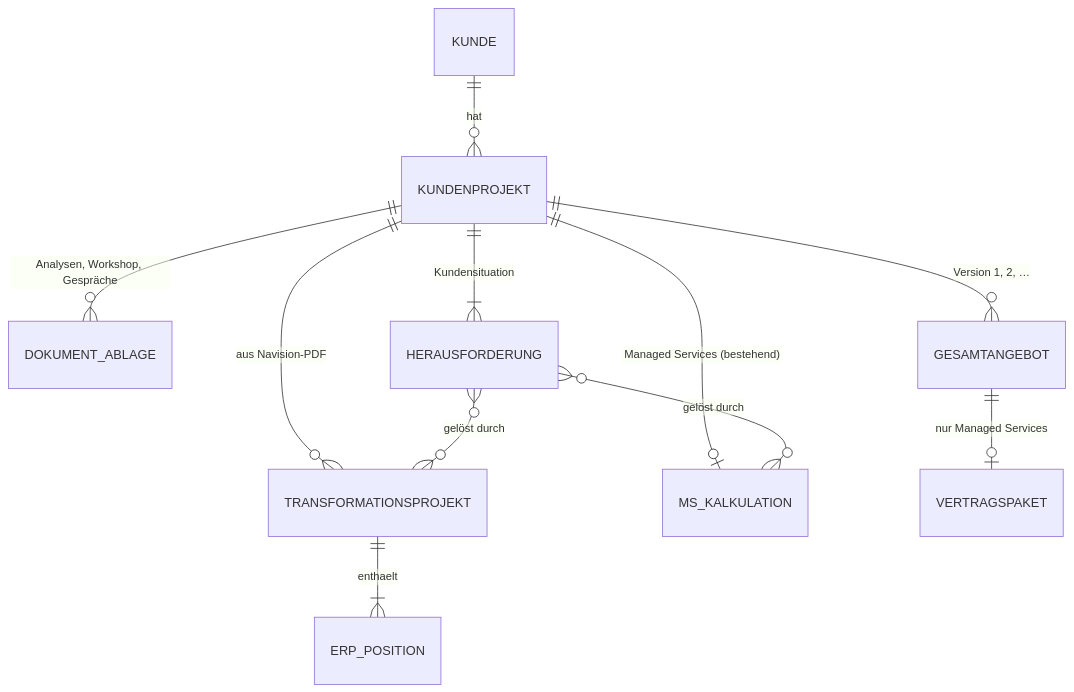
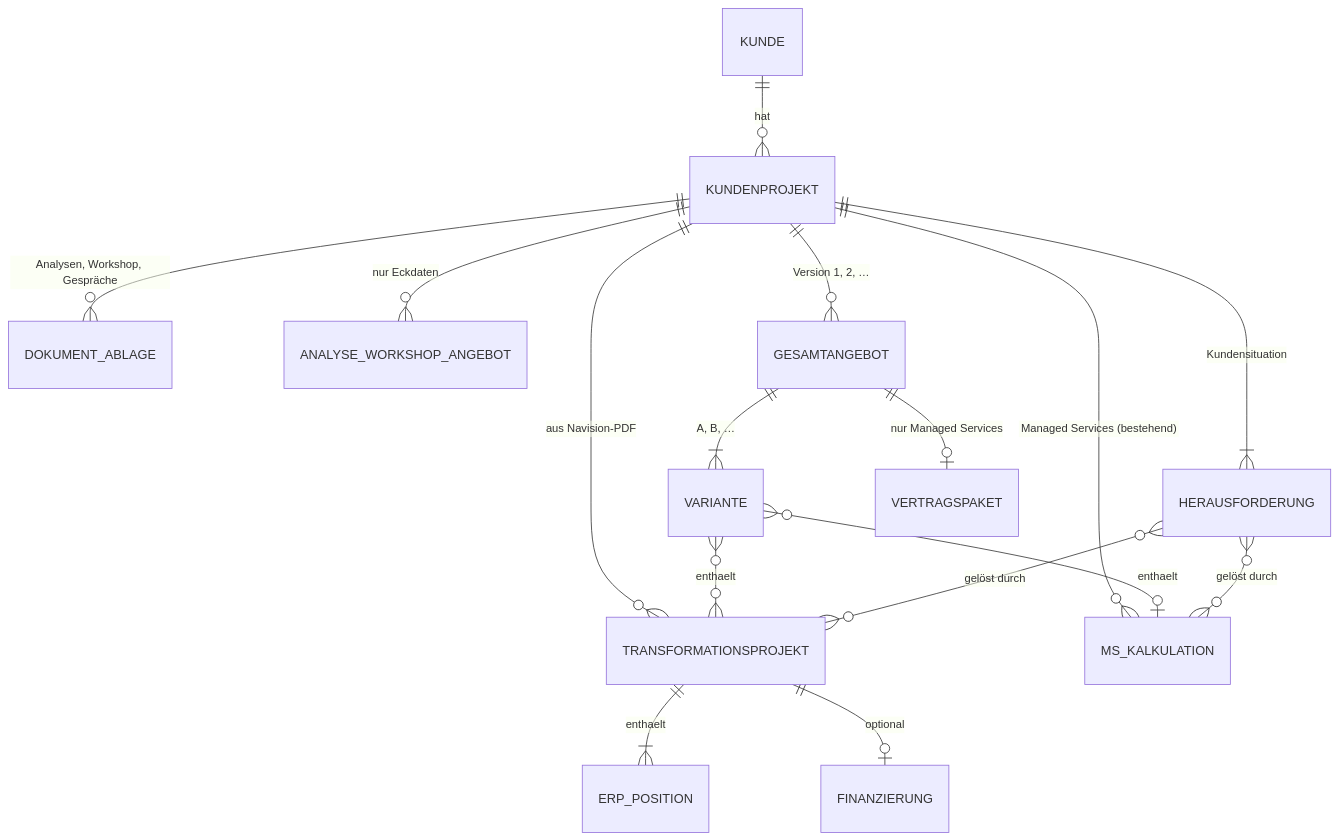
Before and after one commit to darntjen/kalkulator_web: the second of 3 diagrams in docs/10_gesamtkonzept.md, drawn with Mermaid. The commit also changed other lines of this file, not shown here.

````diff
--- a/docs/10_gesamtkonzept.md
+++ b/docs/10_gesamtkonzept.md
@@ -62,13 +68,18 @@
 ```mermaid
 erDiagram
     KUNDE ||--o{ KUNDENPROJEKT : hat
     KUNDENPROJEKT ||--o{ DOKUMENT_ABLAGE : "Analysen, Workshop, Gespräche"
     KUNDENPROJEKT ||--|{ HERAUSFORDERUNG : "Kundensituation"
+    KUNDENPROJEKT ||--o{ ANALYSE_WORKSHOP_ANGEBOT : "nur Eckdaten"
     KUNDENPROJEKT ||--o{ TRANSFORMATIONSPROJEKT : "aus Navision-PDF"
-    KUNDENPROJEKT ||--o| MS_KALKULATION : "Managed Services (bestehend)"
+    KUNDENPROJEKT ||--o{ MS_KALKULATION : "Managed Services (bestehend)"
     KUNDENPROJEKT ||--o{ GESAMTANGEBOT : "Version 1, 2, …"
     TRANSFORMATIONSPROJEKT ||--|{ ERP_POSITION : enthaelt
+    TRANSFORMATIONSPROJEKT ||--o| FINANZIERUNG : "optional"
+    GESAMTANGEBOT ||--|{ VARIANTE : "A, B, …"
+    VARIANTE }o--o{ TRANSFORMATIONSPROJEKT : enthaelt
+    VARIANTE }o--o| MS_KALKULATION : enthaelt
     HERAUSFORDERUNG }o--o{ TRANSFORMATIONSPROJEKT : "gelöst durch"
     HERAUSFORDERUNG }o--o{ MS_KALKULATION : "gelöst durch"
     GESAMTANGEBOT ||--o| VERTRAGSPAKET : "nur Managed Services"
 ```
````
